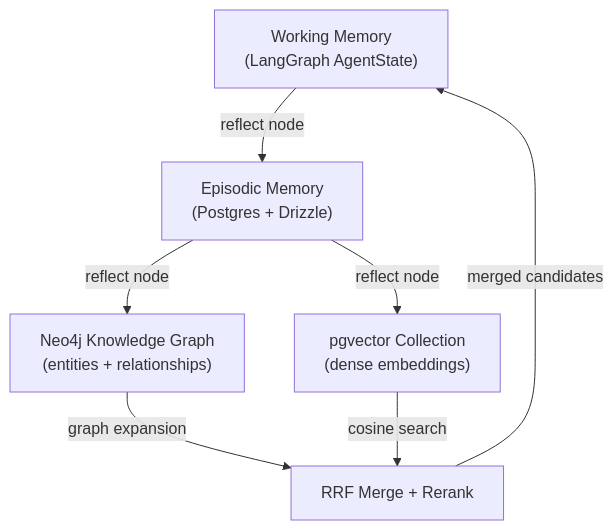
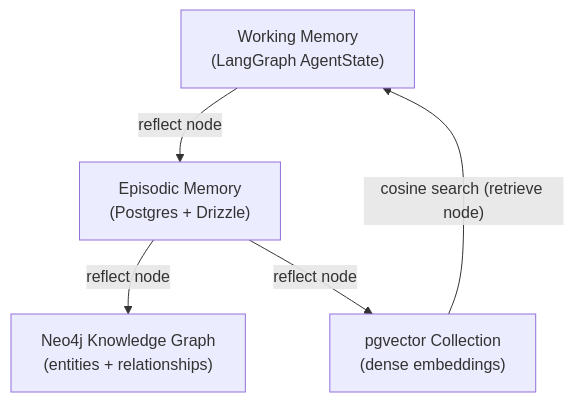
One commit to maxmillienjr/agent-native-monorepo changed the third of 3 diagrams in README.md. Above: the diagram before and after it, drawn with Mermaid. The commit also changed other lines of this file and 7 other files, not shown here.

First line of the commit message:
docs: say retrieval is vector-only, by decision, and the graph unmeasured

````diff
--- a/README.md
+++ b/README.md
@@ -59,15 +61,12 @@
 ```mermaid
 graph TD
     WM["Working Memory<br/>(LangGraph AgentState)"]
     EM["Episodic Memory<br/>(Postgres + Drizzle)"]
     Neo4j["Neo4j Knowledge Graph<br/>(entities + relationships)"]
     PGV["pgvector Collection<br/>(dense embeddings)"]
-    RRF["RRF Merge + Rerank"]
 
     WM -->|"reflect node"| EM
     EM -->|"reflect node"| Neo4j
     EM -->|"reflect node"| PGV
-    Neo4j -->|"graph expansion"| RRF
-    PGV -->|"cosine search"| RRF
-    RRF -->|"merged candidates"| WM
+    PGV -->|"cosine search (retrieve node)"| WM
 ```
````
